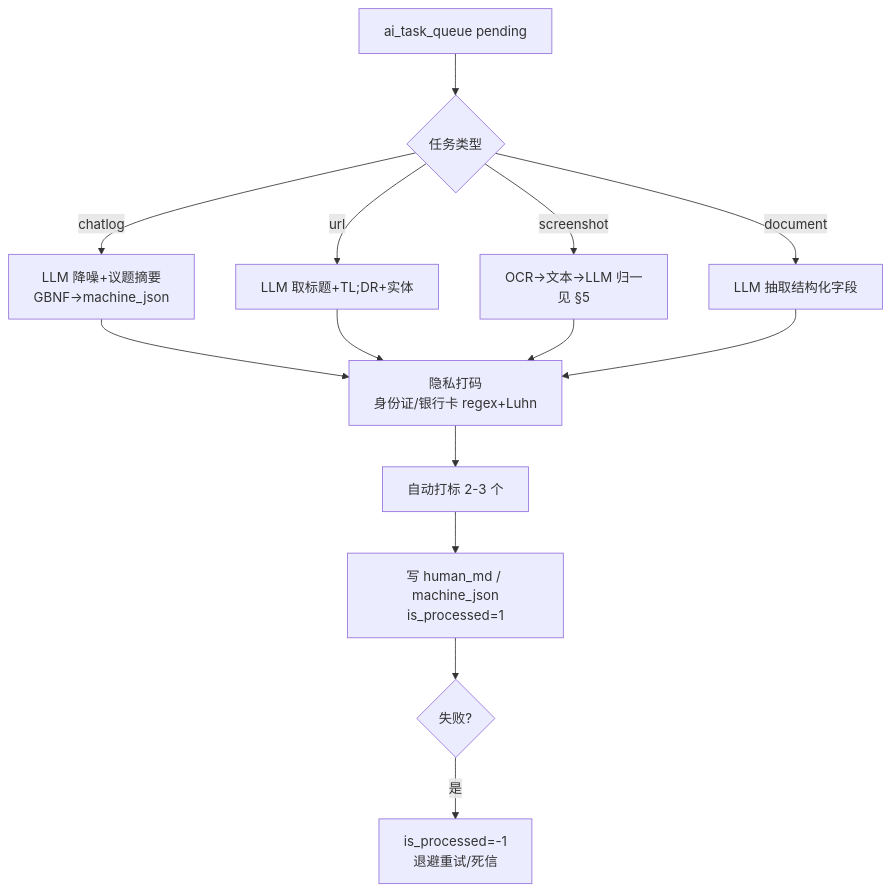
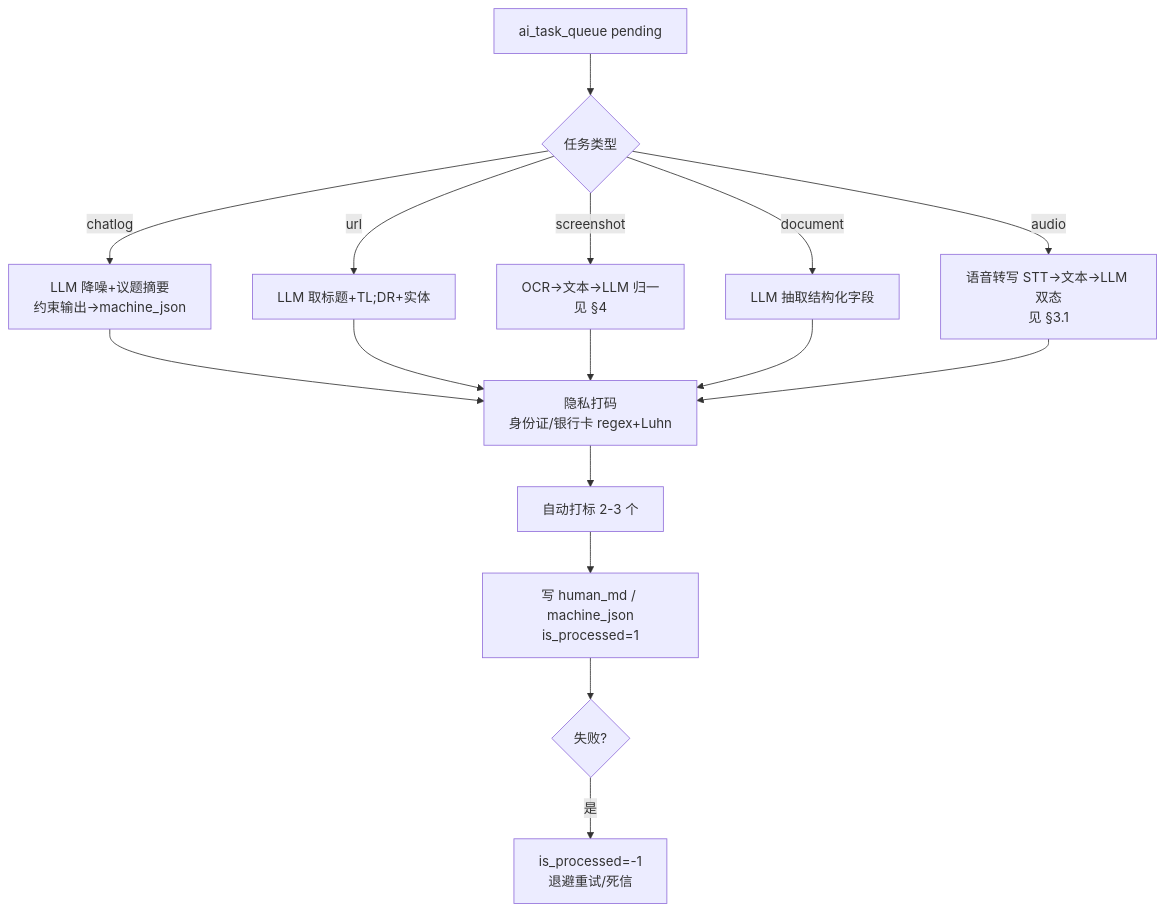
Before and after one commit to loveheng/goodshare: the first of 2 diagrams in docs/product/v2-requirements.md, drawn with Mermaid. The commit also changed other lines of this file and 6 other files, not shown here.

````diff
--- a/docs/product/v2-requirements.md
+++ b/docs/product/v2-requirements.md
@@ -45,13 +45,14 @@
 ```mermaid
 flowchart TD
     Q[ai_task_queue pending] --> O{任务类型}
-    O -->|chatlog| C[LLM 降噪+议题摘要<br/>GBNF→machine_json]
+    O -->|chatlog| C[LLM 降噪+议题摘要<br/>约束输出→machine_json]
     O -->|url| U[LLM 取标题+TL;DR+实体]
-    O -->|screenshot| S[OCR→文本→LLM 归一<br/>见 §5]
+    O -->|screenshot| S[OCR→文本→LLM 归一<br/>见 §4]
     O -->|document| D[LLM 抽取结构化字段]
-    C & U & S & D --> M[隐私打码<br/>身份证/银行卡 regex+Luhn]
+    O -->|audio| AU[语音转写 STT→文本→LLM 双态<br/>见 §3.1]
+    C & U & S & D & AU --> M[隐私打码<br/>身份证/银行卡 regex+Luhn]
     M --> T[自动打标 2-3 个]
     T --> W[写 human_md / machine_json<br/>is_processed=1]
     W --> ERR{失败?}
     ERR -->|是| F[is_processed=-1<br/>退避重试/死信]
 ```
````
